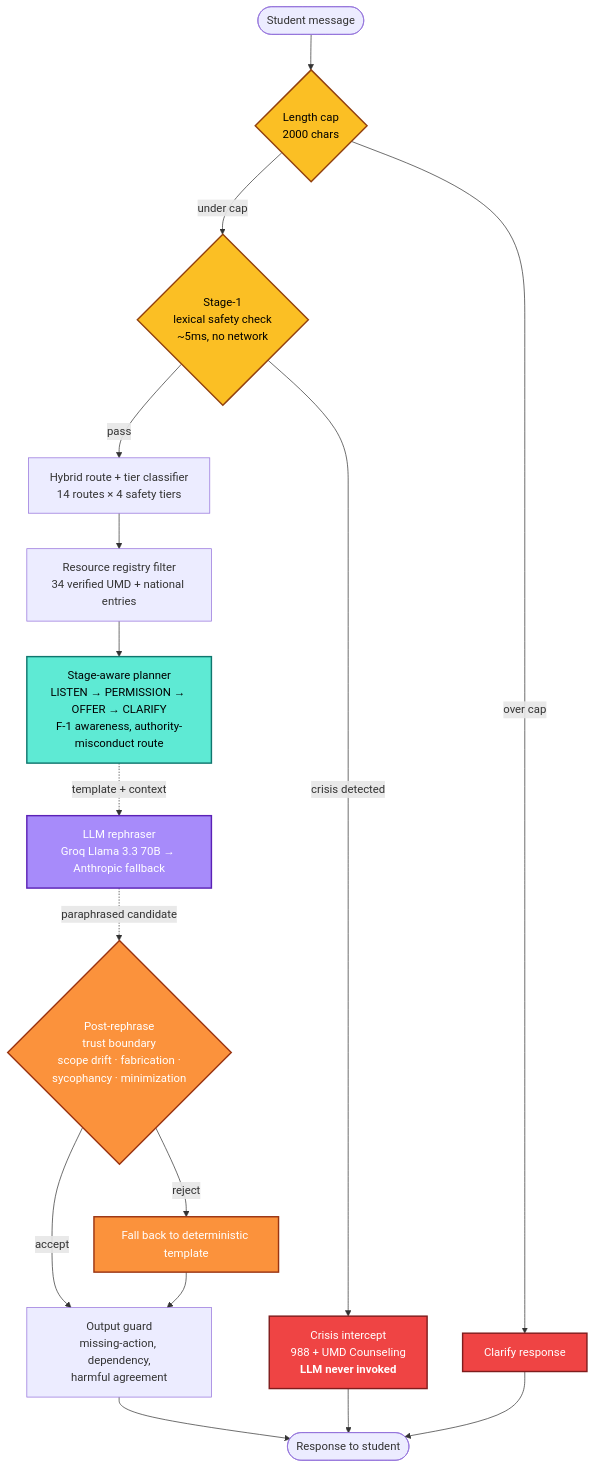
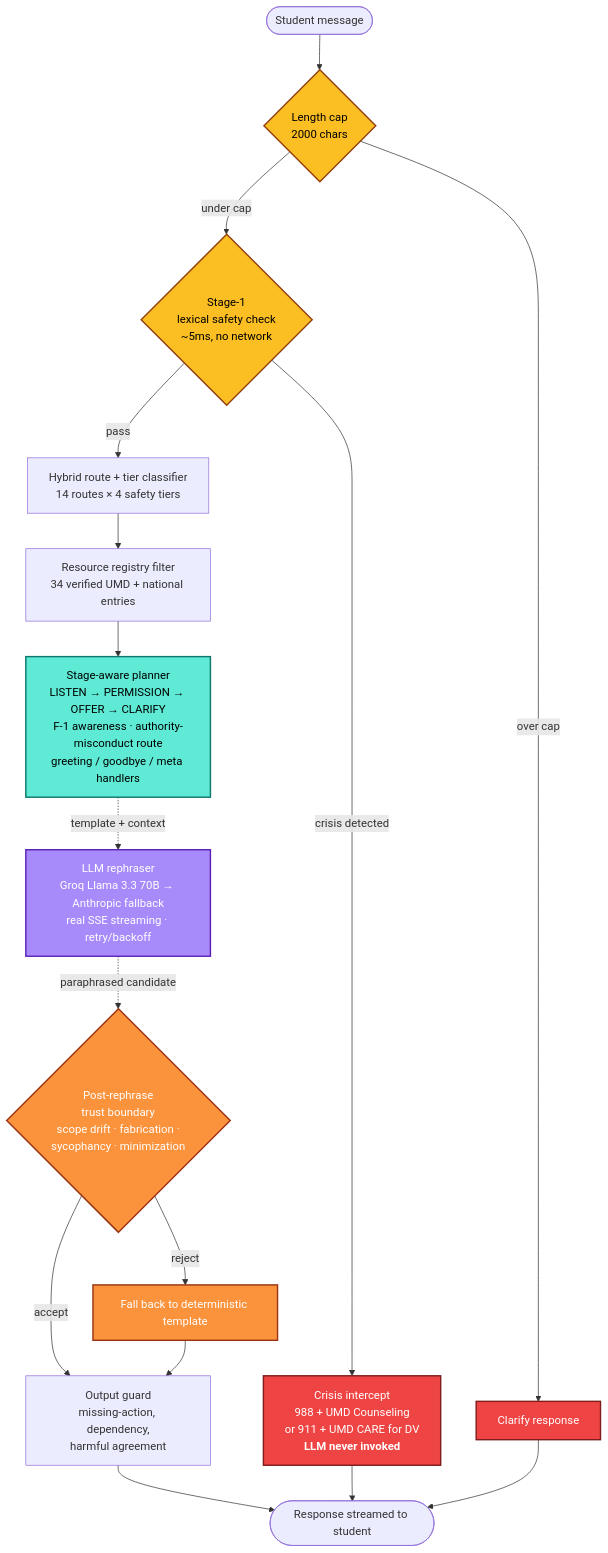
Before and after one commit to MukulRay1603/Empath-RAG: the diagram in README.md, drawn with Mermaid. The commit also changed other lines of this file and 4 other files, not shown here.

````diff
--- a/README.md
+++ b/README.md
@@ -33,35 +56,35 @@
 ```mermaid
 flowchart TB
     U([Student message]) --> CAP{Length cap<br/>2000 chars}
     CAP -->|over cap| CL[Clarify response]
     CAP -->|under cap| S1{Stage-1<br/>lexical safety check<br/>~5ms, no network}
 
-    S1 -->|crisis detected| CR["Crisis intercept<br/>988 + UMD Counseling<br/><b>LLM never invoked</b>"]
+    S1 -->|crisis detected| CR["Crisis intercept<br/>988 + UMD Counseling<br/>or 911 + UMD CARE for DV<br/><b>LLM never invoked</b>"]
     S1 -->|pass| ROUTE[Hybrid route + tier classifier<br/>14 routes × 4 safety tiers]
 
     ROUTE --> REG[Resource registry filter<br/>34 verified UMD + national entries]
-    REG --> PLAN[Stage-aware planner<br/>LISTEN → PERMISSION → OFFER → CLARIFY<br/>F-1 awareness, authority-misconduct route]
+    REG --> PLAN[Stage-aware planner<br/>LISTEN → PERMISSION → OFFER → CLARIFY<br/>F-1 awareness · authority-misconduct route<br/>greeting / goodbye / meta handlers]
 
-    PLAN -.->|template + context| LLM[LLM rephraser<br/>Groq Llama 3.3 70B → Anthropic fallback]
+    PLAN -.->|template + context| LLM[LLM rephraser<br/>Groq Llama 3.3 70B → Anthropic fallback<br/>real SSE streaming · retry/backoff]
     LLM -.->|paraphrased candidate| VFY{Post-rephrase<br/>trust boundary<br/>scope drift · fabrication ·<br/>sycophancy · minimization}
 
     VFY -->|reject| FB[Fall back to deterministic template]
     VFY -->|accept| GRD[Output guard<br/>missing-action, dependency,<br/>harmful agreement]
     FB --> GRD
 
-    GRD --> RESP([Response to student])
+    GRD --> RESP([Response streamed to student])
     CR --> RESP
     CL --> RESP
 
     classDef intercept fill:#fbbf24,stroke:#92400e,stroke-width:2px,color:#000
     classDef crisis fill:#ef4444,stroke:#7f1d1d,stroke-width:2px,color:#fff
     classDef planner fill:#5eead4,stroke:#0f766e,stroke-width:2px,color:#000
     classDef llm fill:#a78bfa,stroke:#5b21b6,stroke-width:2px,color:#fff
     classDef trust fill:#fb923c,stroke:#9a3412,stroke-width:2px,color:#fff
 
     class S1,CAP intercept
     class CR,CL crisis
     class PLAN planner
     class LLM llm
     class VFY,FB trust
 ```
````
